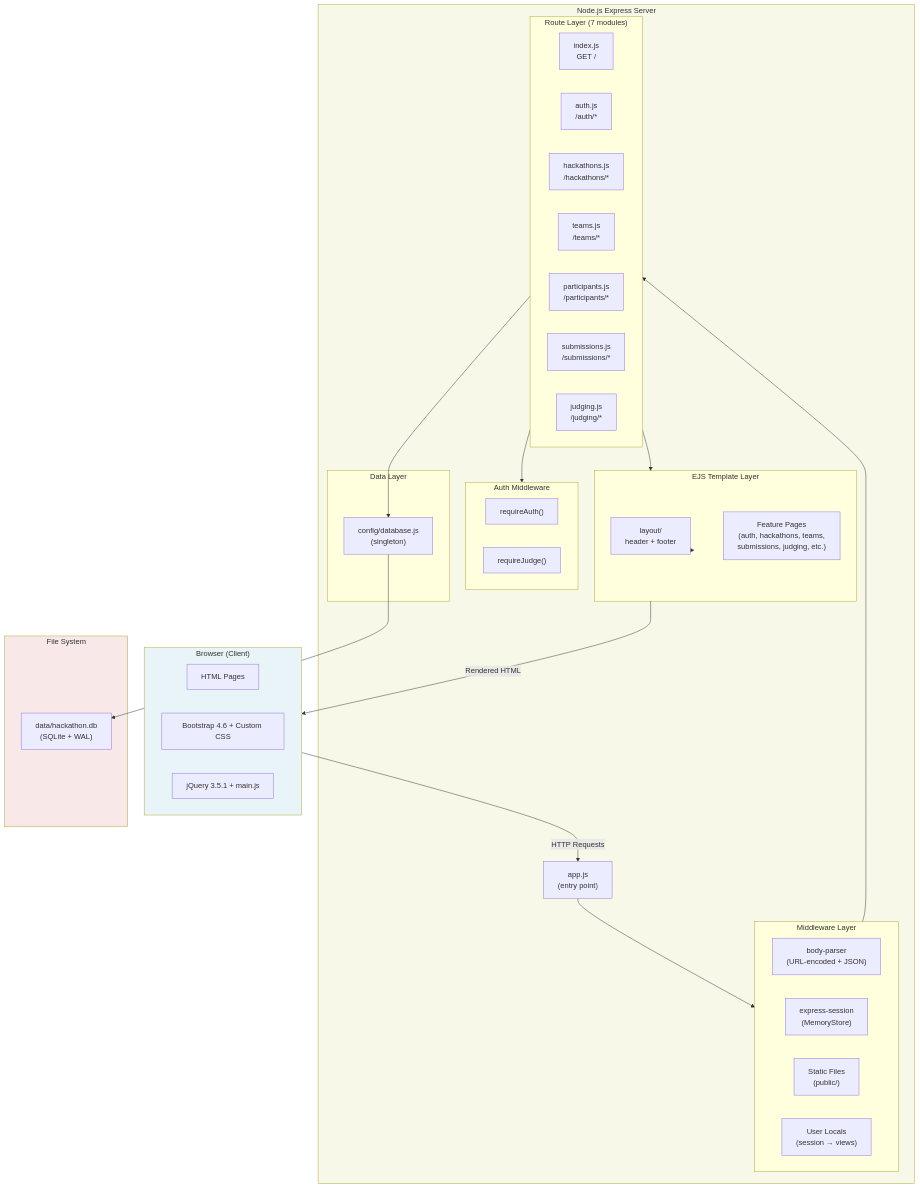
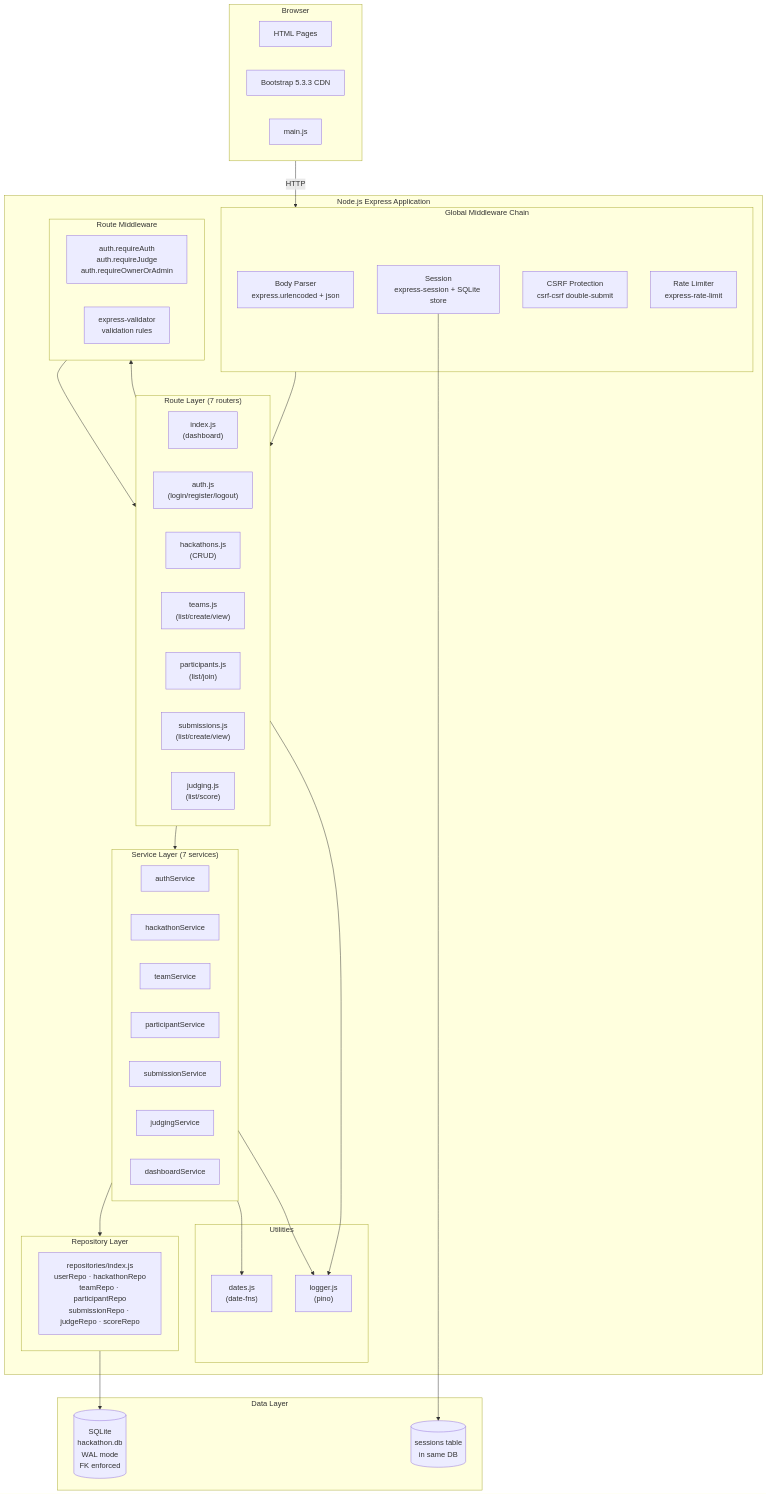
The first of 6 diagrams in specs/docs/architecture/overview.md (EmeaAppGbb/AppModLab-node-16to22-HackManager-spec2cloud), drawn with Mermaid before and after one commit. The commit also changed other lines of this file and 1 other file, not shown here.

First line of the commit message:
[docs] Architecture documentation for modernized codebase

````diff
--- a/specs/docs/architecture/overview.md
+++ b/specs/docs/architecture/overview.md
@@ -5,61 +23,68 @@
 ```mermaid
 graph TB
-    subgraph Client["Browser (Client)"]
+    subgraph Client["Browser"]
         HTML["HTML Pages"]
-        CSS["Bootstrap 4.6 + Custom CSS"]
-        JS["jQuery 3.5.1 + main.js"]
+        CSS["Bootstrap 5.3.3 CDN"]
+        JS["main.js"]
     end
 
-    subgraph Server["Node.js Express Server"]
-        App["app.js<br/>(entry point)"]
-        
-        subgraph Middleware["Middleware Layer"]
-            BP["body-parser<br/>(URL-encoded + JSON)"]
-            SM["express-session<br/>(MemoryStore)"]
-            SF["Static Files<br/>(public/)"]
-            UL["User Locals<br/>(session → views)"]
+    subgraph Server["Node.js Express Application"]
+        subgraph MW["Global Middleware Chain"]
+            BP["Body Parser<br/>express.urlencoded + json"]
+            SESS["Session<br/>express-session + SQLite store"]
+            CSRF["CSRF Protection<br/>csrf-csrf double-submit"]
+            RL["Rate Limiter<br/>express-rate-limit"]
         end
 
-        subgraph Routes["Route Layer (7 modules)"]
-            RI["index.js<br/>GET /"]
-            RA["auth.js<br/>/auth/*"]
-            RH["hackathons.js<br/>/hackathons/*"]
-            RT["teams.js<br/>/teams/*"]
-            RP["participants.js<br/>/participants/*"]
-            RS["submissions.js<br/>/submissions/*"]
-            RJ["judging.js<br/>/judging/*"]
+        subgraph Routes["Route Layer (7 routers)"]
+            RI["index.js<br/>(dashboard)"]
+            RA["auth.js<br/>(login/register/logout)"]
+            RH["hackathons.js<br/>(CRUD)"]
+            RT["teams.js<br/>(list/create/view)"]
+            RP["participants.js<br/>(list/join)"]
+            RS["submissions.js<br/>(list/create/view)"]
+            RJ["judging.js<br/>(list/score)"]
         end
 
-        subgraph AuthMW["Auth Middleware"]
-            ReqAuth["requireAuth()"]
-            ReqJudge["requireJudge()"]
+        subgraph MWR["Route Middleware"]
+            AUTH["auth.requireAuth<br/>auth.requireJudge<br/>auth.requireOwnerOrAdmin"]
+            VAL["express-validator<br/>validation rules"]
         end
 
-        subgraph Views["EJS Template Layer"]
-            Layout["layout/<br/>header + footer"]
-            Pages["Feature Pages<br/>(auth, hackathons, teams,<br/>submissions, judging, etc.)"]
+        subgraph Services["Service Layer (7 services)"]
+            SA["authService"]
+            SH["hackathonService"]
+            ST["teamService"]
+            SP["participantService"]
+            SS["submissionService"]
+            SJ["judgingService"]
+            SD["dashboardService"]
         end
 
-        subgraph Data["Data Layer"]
-            DB["config/database.js<br/>(singleton)"]
+        subgraph Repos["Repository Layer"]
+            REPO["repositories/index.js<br/>userRepo · hackathonRepo<br/>teamRepo · participantRepo<br/>submissionRepo · judgeRepo · scoreRepo"]
+        end
+
+        subgraph Utils["Utilities"]
+            LOG["logger.js<br/>(pino)"]
+            DT["dates.js<br/>(date-fns)"]
         end
     end
 
-    subgraph Storage["File System"]
-        SQLite["data/hackathon.db<br/>(SQLite + WAL)"]
+    subgraph Data["Data Layer"]
+        DB[("SQLite<br/>hackathon.db<br/>WAL mode<br/>FK enforced")]
+        SESSDB[("sessions table<br/>in same DB")]
     end
 
-    Client -->|HTTP Requests| App
-    App --> Middleware
-    Middleware --> Routes
-    Routes --> AuthMW
-    Routes --> Views
-    Routes --> DB
-    DB --> SQLite
-    Views --> Layout
-    Views -->|Rendered HTML| Client
-    
-    style Client fill:#e8f4f8
-    style Server fill:#f8f8e8
-    style Storage fill:#f8e8e8
+    Client -->|HTTP| MW
+    MW --> Routes
+    Routes --> MWR
+    MWR --> Routes
+    Routes --> Services
+    Services --> Repos
+    Services --> DT
+    Repos --> DB
+    SESS --> SESSDB
+    Routes --> LOG
+    Services --> LOG
 ```
````
